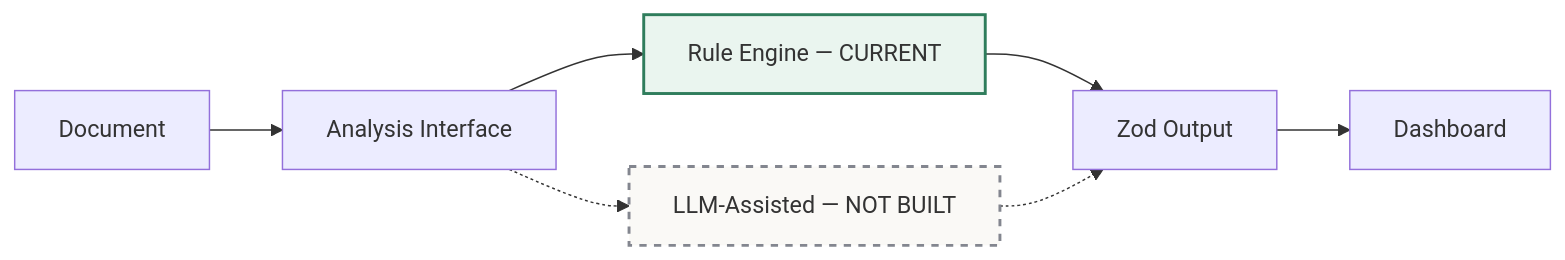
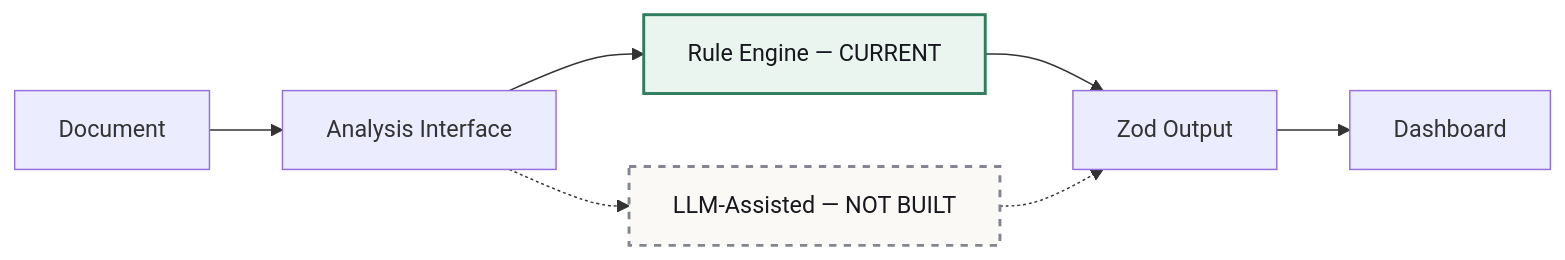
Before and after one commit to KodeMeister-YT/CivicShield: the eighth of 12 diagrams in README.md, drawn with Mermaid. The commit also changed other lines of this file, not shown here.

Commit message:
fix: readable diagram text on dark theme (explicit node text color)

````diff
--- a/README.md
+++ b/README.md
@@ -162,9 +162,9 @@
 ```mermaid
 flowchart LR
     DOC[Document] --> AI[Analysis Interface]
     AI --> RULE[Rule Engine — CURRENT] --> ZOD[Zod Output] --> DASH[Dashboard]
     AI -.-> FUT[LLM-Assisted — NOT BUILT] -.-> ZOD
 
-    style RULE fill:#eaf5ef,stroke:#2f7d5c,stroke-width:2px
-    style FUT fill:#faf9f6,stroke:#83868f,stroke-width:2px,stroke-dasharray: 5 5
+    style RULE fill:#eaf5ef,stroke:#2f7d5c,stroke-width:2px,color:#16181d
+    style FUT fill:#faf9f6,stroke:#83868f,stroke-width:2px,stroke-dasharray: 5 5,color:#16181d
 ```
````
